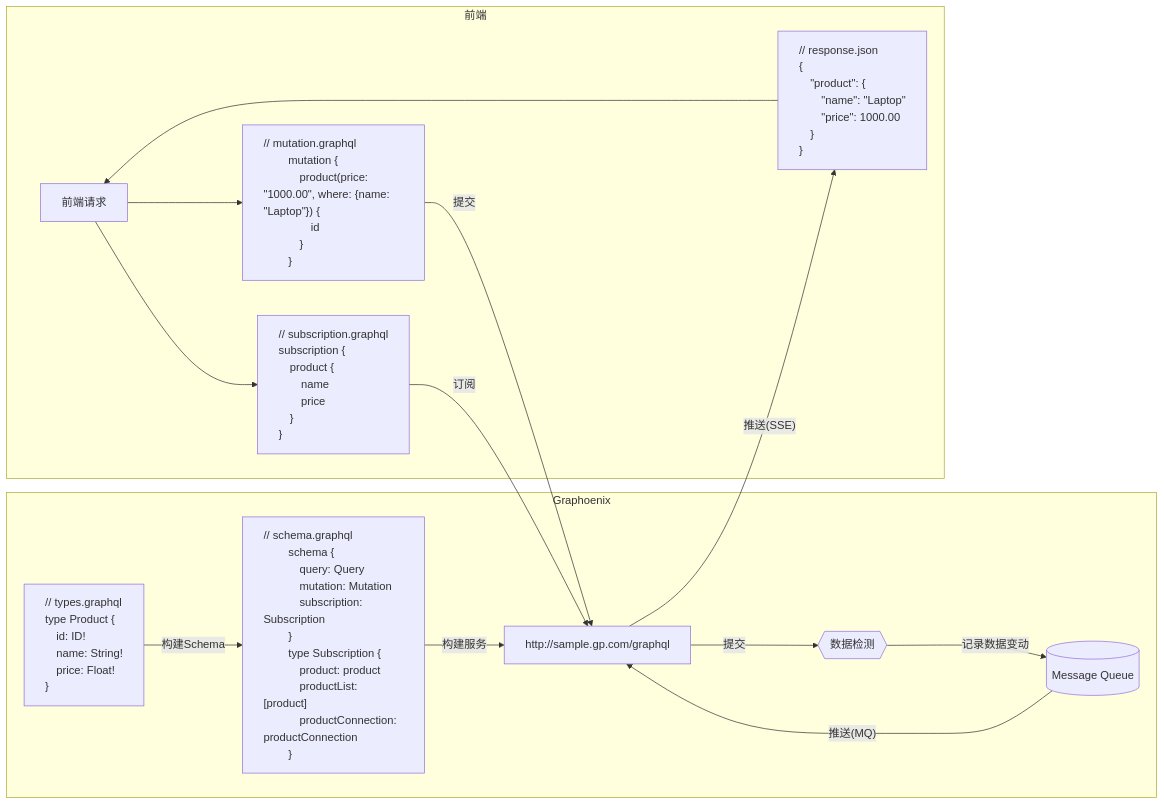
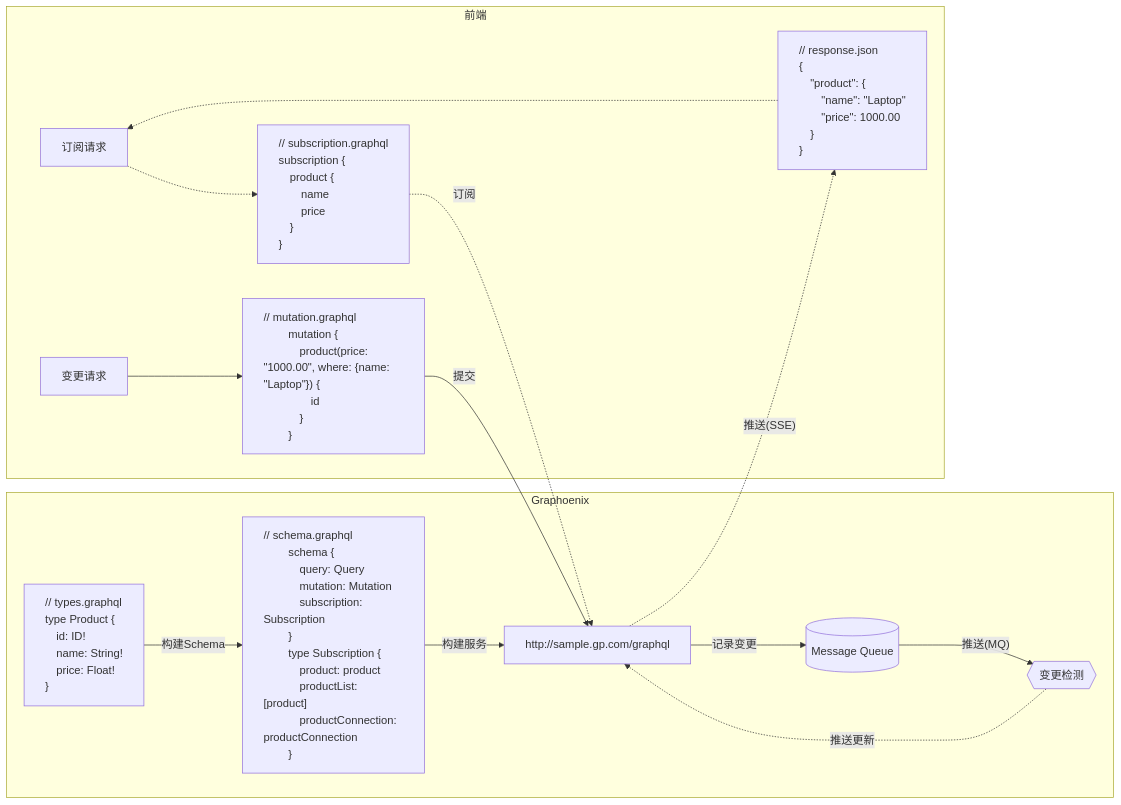
Before and after one commit to doukai/gp-doc.github.io: diagram 11 of 12 in docs/intro.md, drawn with Mermaid. The commit also changed other lines of this file and 4 other files, not shown here.

````diff
--- a/docs/intro.md
+++ b/docs/intro.md
@@ -392,58 +395,59 @@
 ```mermaid
 flowchart LR
-    request --> mutation -- 提交 --> http
-    request --> subscription -- 订阅 --> http
-    http -- 推送(SSE) --> response --> request
+    request1 -.-> subscription -. 订阅 .-> http
+    http -. 推送(SSE) .-> response .-> request1
+    request2 --> mutation -- 提交 --> http
     subgraph Graphoenix
         mq[(Message Queue)]
         schema["// types.graphql
         type Product {
         &emsp;id: ID!
         &emsp;name: String!
         &emsp;price: Float!
         }"]
         graphql["// schema.graphql
         schema {
         &emsp;query: Query
         &emsp;mutation: Mutation
         &emsp;subscription: Subscription
         }
         type Subscription {
         &emsp;product: product
         &emsp;productList: [product]
         &emsp;productConnection: productConnection
         }"]
         http["http://sample.gp.com/graphql"]
         schema -- 构建Schema --> graphql -- 构建服务 --> http
-        http -- 提交 --> merge{{数据检测}} -- 记录数据变动 --> mq
-        mq -- 推送(MQ) --> http
+        http -- 记录变更 --> mq
+        mq -- 推送(MQ) --> merge{{变更检测}} -. 推送更新 .-> http
     end
     subgraph 前端
-        request[前端请求]
+        request1[订阅请求]
+        request2[变更请求]
         mutation["// mutation.graphql
         mutation {
         &emsp;product(price: &quot;1000.00&quot;, where: {name: &quot;Laptop&quot}) {
         &emsp;&emsp;id
         &emsp;}
         }"]
         subscription["// subscription.graphql
         subscription {
         &emsp;product {
         &emsp;&emsp;name
         &emsp;&emsp;price
         &emsp;}
         }"]
         response["// response.json
         {
         &emsp;&quot;product&quot;: {
         &emsp;&emsp;&quot;name&quot;: &quot;Laptop&quot;
         &emsp;&emsp;&quot;price&quot;: 1000.00
         &emsp;}
         }"]
     end
     style schema text-align:left
     style graphql text-align:left
     style subscription text-align:left
     style mutation text-align:left
     style response text-align:left
 ```
````
